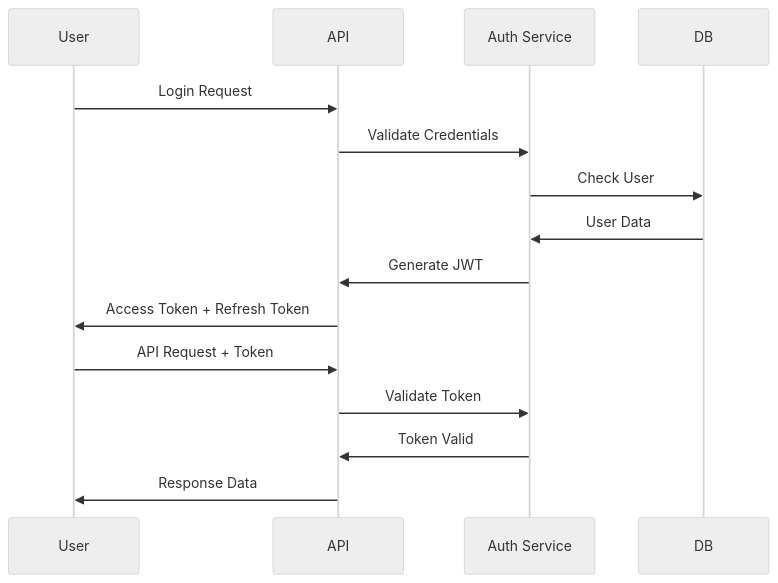
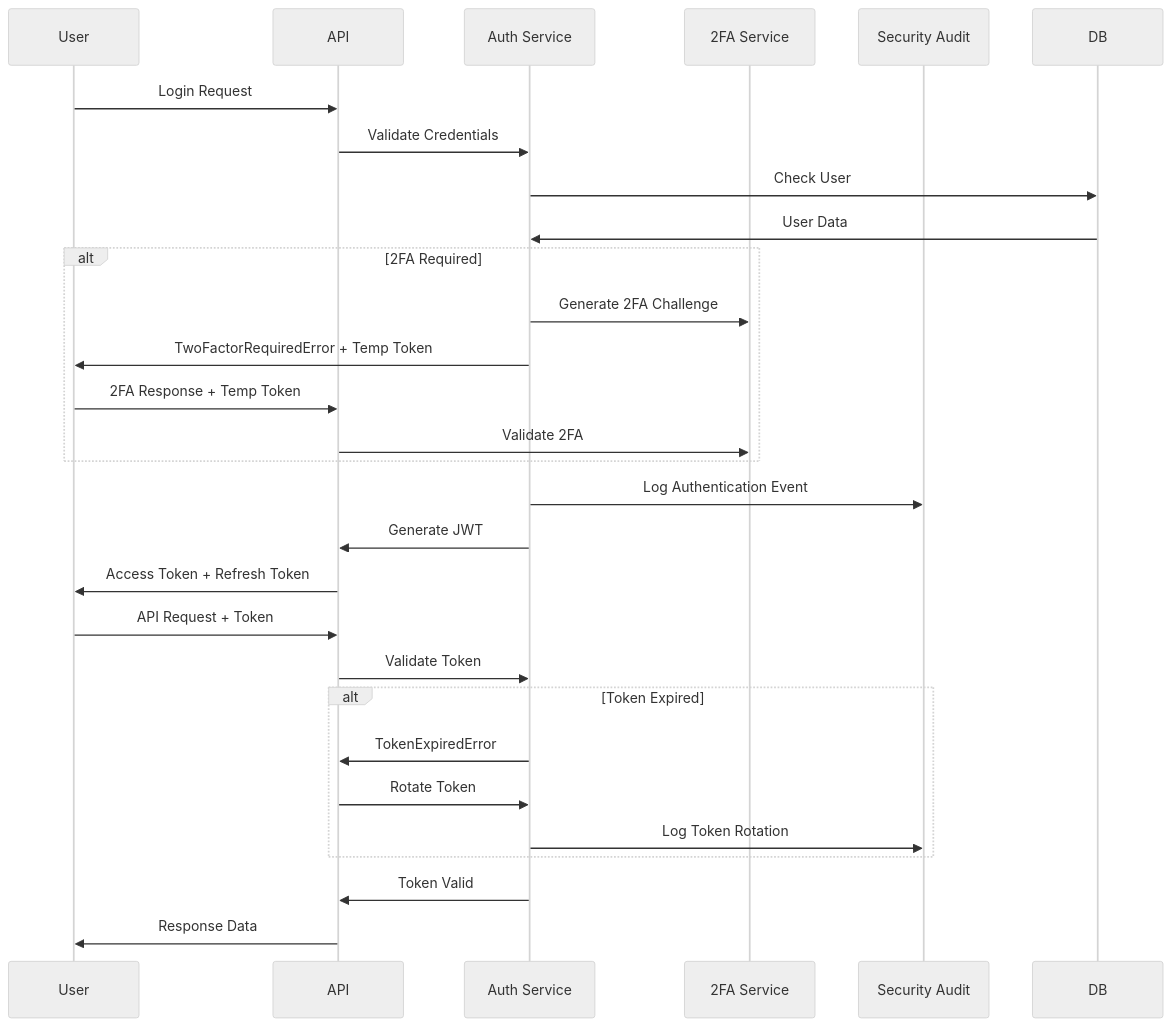
One commit to meridianp/fxml3 changed the fourth of 4 diagrams in docs/architecture/index.md. Above: the diagram before and after it, drawn with Mermaid (neutral theme). The commit also changed other lines of this file and 17 other files, not shown here.

````diff
--- a/docs/architecture/index.md
+++ b/docs/architecture/index.md
@@ -256,19 +264,37 @@
 ```mermaid
 sequenceDiagram
     participant User
     participant API
     participant Auth as Auth Service
+    participant 2FA as 2FA Service
+    participant Audit as Security Audit
     participant DB
 
     User->>API: Login Request
     API->>Auth: Validate Credentials
     Auth->>DB: Check User
     DB->>Auth: User Data
+
+    alt 2FA Required
+        Auth->>2FA: Generate 2FA Challenge
+        Auth->>User: TwoFactorRequiredError + Temp Token
+        User->>API: 2FA Response + Temp Token
+        API->>2FA: Validate 2FA
+    end
+
+    Auth->>Audit: Log Authentication Event
     Auth->>API: Generate JWT
     API->>User: Access Token + Refresh Token
 
     User->>API: API Request + Token
     API->>Auth: Validate Token
+
+    alt Token Expired
+        Auth->>API: TokenExpiredError
+        API->>Auth: Rotate Token
+        Auth->>Audit: Log Token Rotation
+    end
+
     Auth->>API: Token Valid
     API->>User: Response Data
 ```
````
